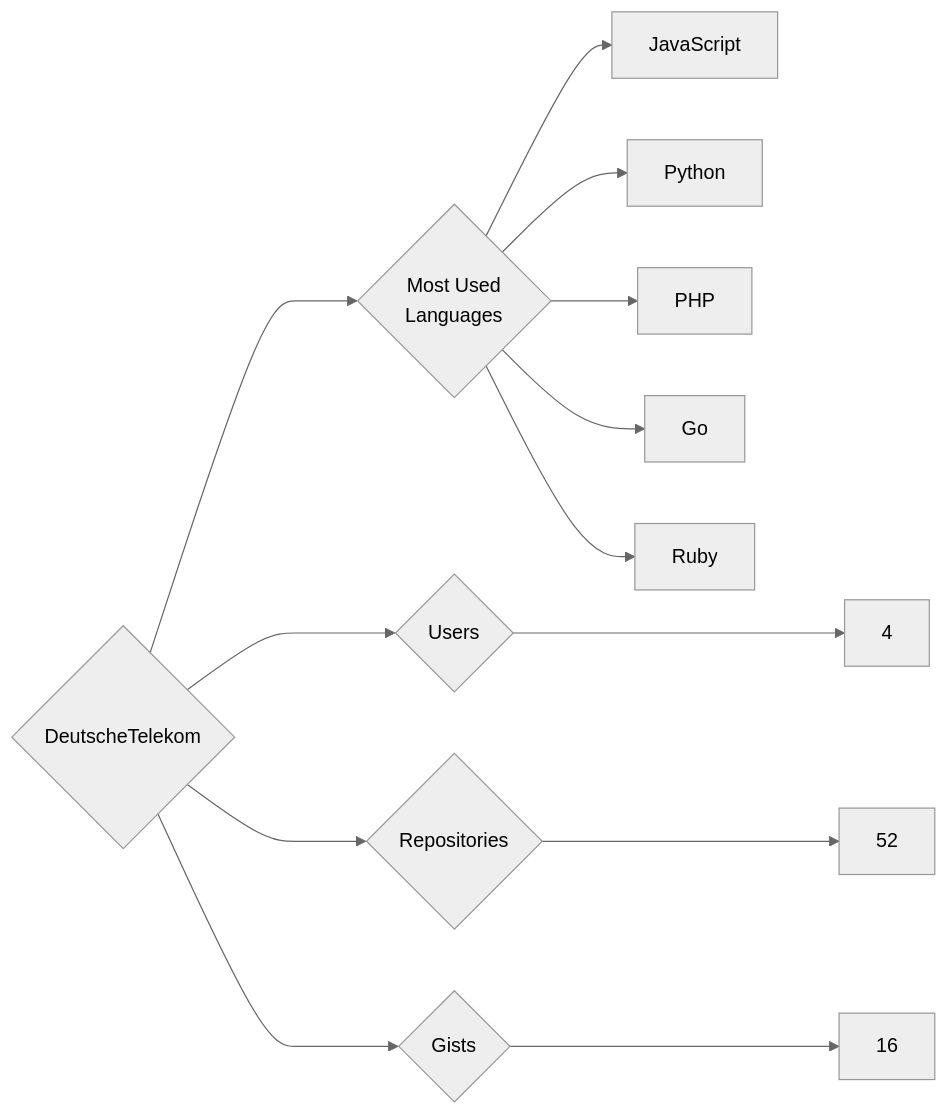
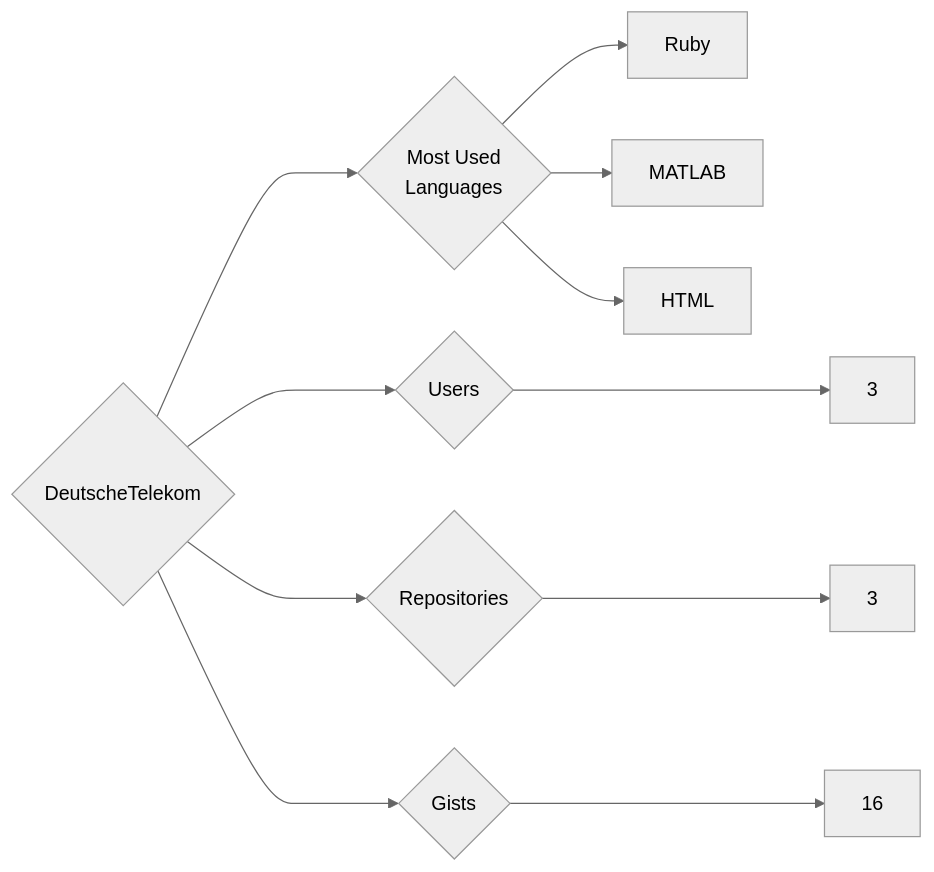
The diagram in targets/DeutscheTelekom/README.md (trickest/insiders), drawn with Mermaid (neutral theme) before and after one commit. The commit also changed 1003 other files, not shown here.

````diff
--- a/targets/DeutscheTelekom/README.md
+++ b/targets/DeutscheTelekom/README.md
@@ -3,13 +3,11 @@
 ```mermaid
 graph LR
 COMPANY_NAME{DeutscheTelekom}
-COMPANY_NAME ---> U{Users} ---> UN[4]
-COMPANY_NAME ---> R{Repositories} ---> RN[52]
+COMPANY_NAME ---> U{Users} ---> UN[3]
+COMPANY_NAME ---> R{Repositories} ---> RN[3]
 COMPANY_NAME ---> G{Gists} ---> GN[16]
 COMPANY_NAME ---> ML{Most Used<br>Languages}
-ML --> JavaScript[JavaScript]
-ML --> Python[Python]
-ML --> PHP[PHP]
-ML --> Go[Go]
 ML --> Ruby[Ruby]
+ML --> MATLAB[MATLAB]
+ML --> HTML[HTML]
 ```
````
